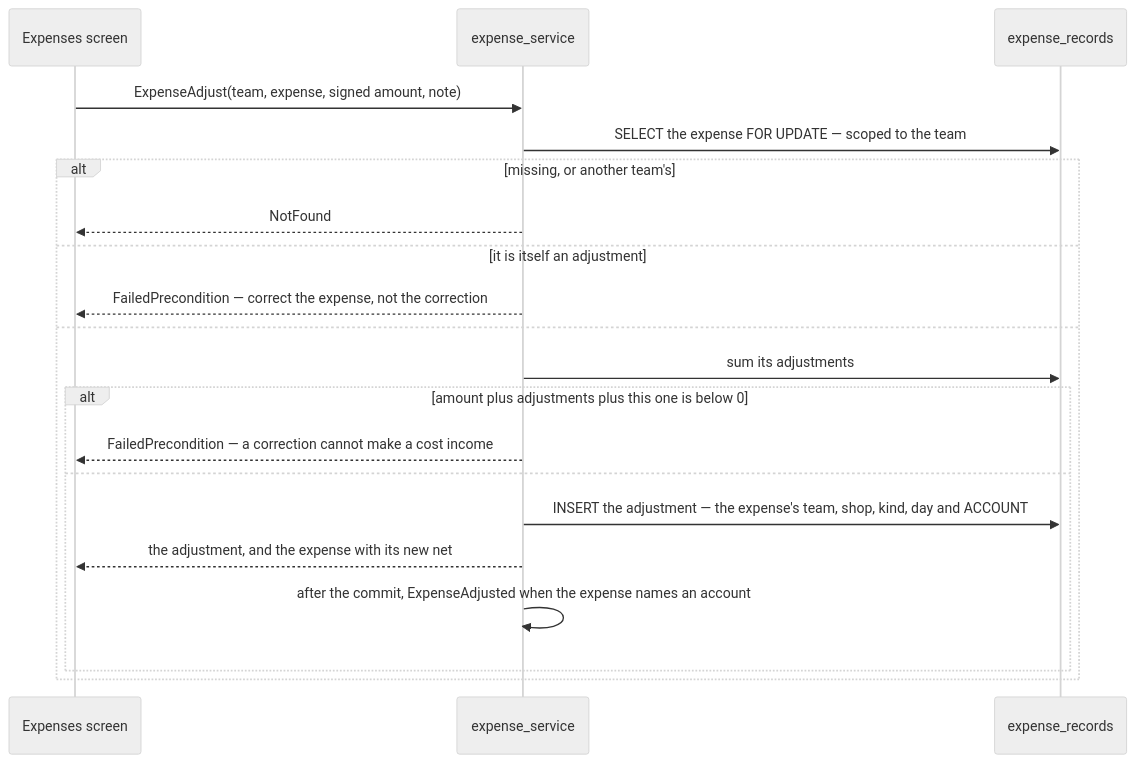
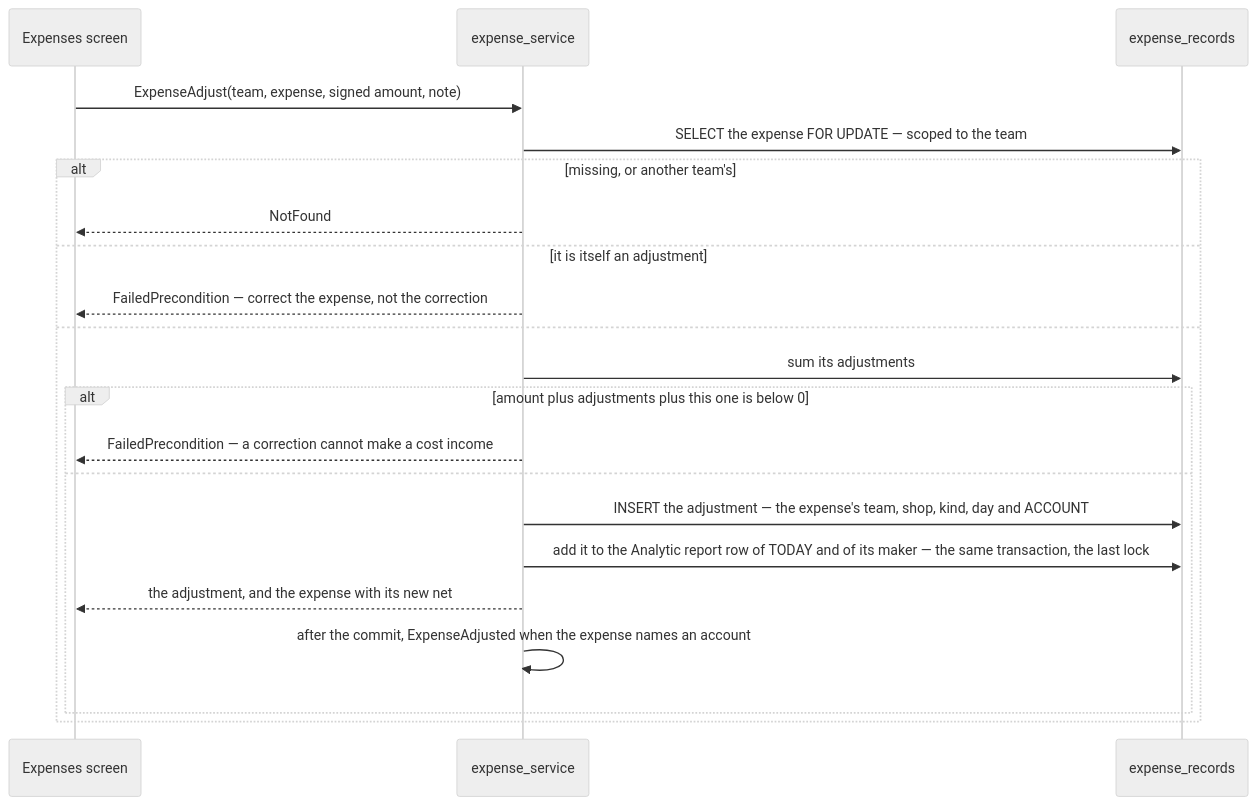
Before and after one commit to pdcgo/warehouse_revamp: the third of 4 diagrams in docs/services/expense_service/rpc.md, drawn with Mermaid (neutral theme). The commit also changed other lines of this file and 64 other files, not shown here.

````diff
--- a/docs/services/expense_service/rpc.md
+++ b/docs/services/expense_service/rpc.md
@@ -231,22 +236,23 @@
 ```mermaid
 sequenceDiagram
   participant UI as Expenses screen
   participant E as expense_service
   participant DB as expense_records
   UI->>E: ExpenseAdjust(team, expense, signed amount, note)
   E->>DB: SELECT the expense FOR UPDATE — scoped to the team
   alt missing, or another team's
     E-->>UI: NotFound
   else it is itself an adjustment
     E-->>UI: FailedPrecondition — correct the expense, not the correction
   else
     E->>DB: sum its adjustments
     alt amount plus adjustments plus this one is below 0
       E-->>UI: FailedPrecondition — a correction cannot make a cost income
     else
       E->>DB: INSERT the adjustment — the expense's team, shop, kind, day and ACCOUNT
+      E->>DB: add it to the Analytic report row of TODAY and of its maker — the same transaction, the last lock
       E-->>UI: the adjustment, and the expense with its new net
       E->>E: after the commit, ExpenseAdjusted when the expense names an account
     end
   end
 ```
````
